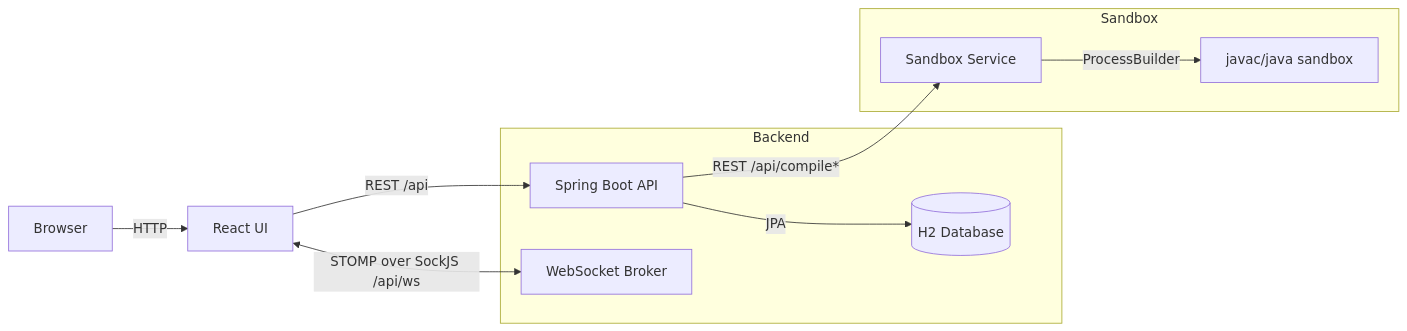
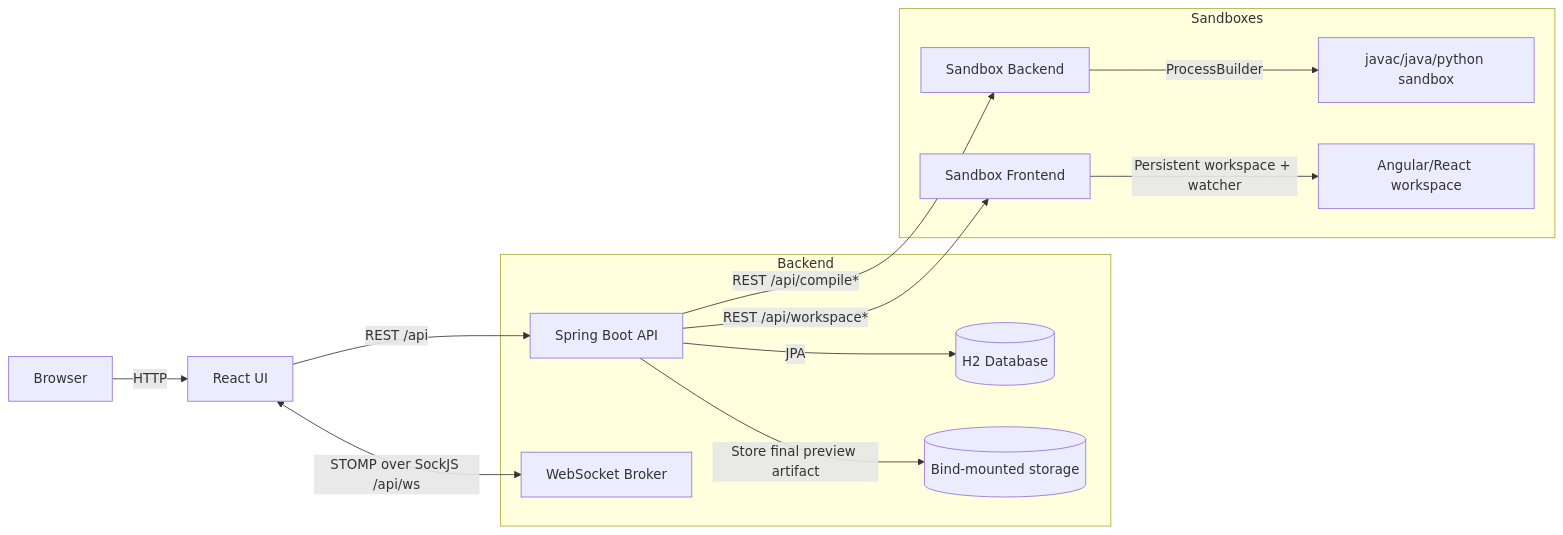
One commit to harshalpande/interview changed the diagram in docs/architecture.md. Above: the diagram before and after it, drawn with Mermaid. The commit also changed other lines of this file and 111 other files, not shown here.

Commit message:
Add persistent frontend sandboxes and final preview artifacts

````diff
--- a/docs/architecture.md
+++ b/docs/architecture.md
@@ -5,20 +5,26 @@
 ```mermaid
 flowchart LR
   U[Browser] -->|HTTP| FE[React UI]
   FE -->|REST /api| BE[Spring Boot API]
   FE <--> |STOMP over SockJS /api/ws| WS[WebSocket Broker]
   BE -->|JPA| DB[(H2 Database)]
-  BE -->|REST /api/compile*| SB[Sandbox Service]
-  SB -->|ProcessBuilder| JVM[javac/java sandbox]
+  BE -->|REST /api/compile*| SBB[Sandbox Backend]
+  BE -->|REST /api/workspace*| SBF[Sandbox Frontend]
+  SBB -->|ProcessBuilder| JVM[javac/java/python sandbox]
+  SBF -->|Persistent workspace + watcher| FW[Angular/React workspace]
+  BE -->|Store final preview artifact| FS[(Bind-mounted storage)]
 
   subgraph Backend
     BE
     WS
     DB
+    FS
   end
 
-  subgraph Sandbox
-    SB
+  subgraph Sandboxes
+    SBB
+    SBF
     JVM
+    FW
   end
 ```
````
